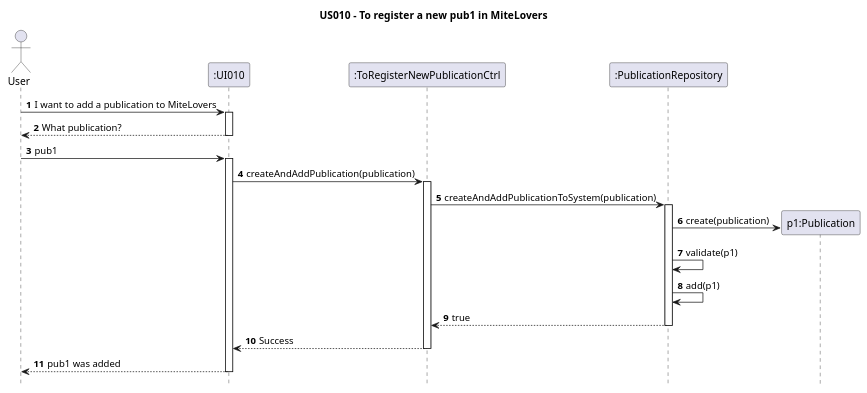
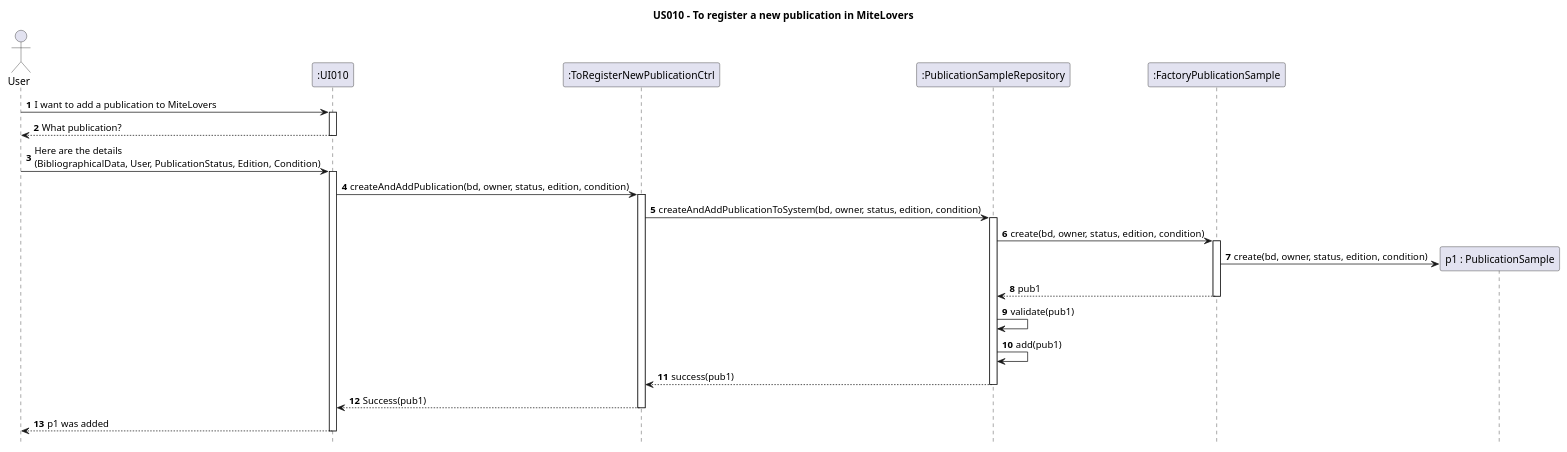
One commit to AndrePereiraGitH/SWitCH-Project-Team_A changed the diagram in Diagrams/SequenceDiagrams/N2/US010-to-register-a-publication-to-add-to-library.puml. Above: the diagram before and after it, drawn with PlantUML. The commit also changed 3 other files, not shown here.

```diff
--- a/Diagrams/SequenceDiagrams/N2/US010-to-register-a-publication-to-add-to-library.puml
+++ b/Diagrams/SequenceDiagrams/N2/US010-to-register-a-publication-to-add-to-library.puml
@@ -1,49 +1,52 @@
 @startuml
 hide footbox
 autonumber
-title US010 - To register a new pub1 in MiteLovers
+title US010 - To register a new publication in MiteLovers
 
 ' As a User, I want to register a new publication
 ' in the system, so that I can add the
 ' publication to my library.
 
-
 actor User
 participant ":UI010" as UI
-
-
-
 participant ":ToRegisterNewPublicationCtrl" as Ctrl
-
-participant ":PublicationRepository" as SystemRepo
-
-
-' Publication is to be treated the same as "Item", supposedly
+participant ":PublicationSampleRepository" as SystemRepo
+participant ":FactoryPublicationSample" as Factory
 
 User -> UI : I want to add a publication to MiteLovers
 activate UI
+
 UI --> User : What publication?
 deactivate UI
-User -> UI : pub1
+
+User -> UI : Here are the details \n(BibliographicalData, User, PublicationStatus, Edition, Condition)
 activate UI
-UI -> Ctrl : createAndAddPublication(publication)
+
+UI -> Ctrl : createAndAddPublication(bd, owner, status, edition, condition)
 activate Ctrl
-Ctrl -> SystemRepo : createAndAddPublicationToSystem(publication)
+
+Ctrl -> SystemRepo : createAndAddPublicationToSystem(bd, owner, status, edition, condition)
 activate SystemRepo
-create "p1:Publication" as pub1
-SystemRepo -> pub1: create(publication)
 
+SystemRepo -> Factory : create(bd, owner, status, edition, condition)
+activate Factory
 
-SystemRepo -> SystemRepo : validate(p1)
-SystemRepo -> SystemRepo : add(p1)
+create "p1 : PublicationSample" as pub1
+Factory -> pub1 : create(bd, owner, status, edition, condition)
 
-SystemRepo --> Ctrl : true
+Factory --> SystemRepo : pub1
+deactivate Factory
+
+SystemRepo -> SystemRepo : validate(pub1)
+SystemRepo -> SystemRepo : add(pub1)
+
+SystemRepo --> Ctrl : success(pub1)
 deactivate SystemRepo
-Ctrl --> UI : Success
+
+Ctrl --> UI : Success(pub1)
 deactivate Ctrl
-UI --> User : pub1 was added
+
+UI --> User : p1 was added
 deactivate UI
 
-
-
 @enduml
```
